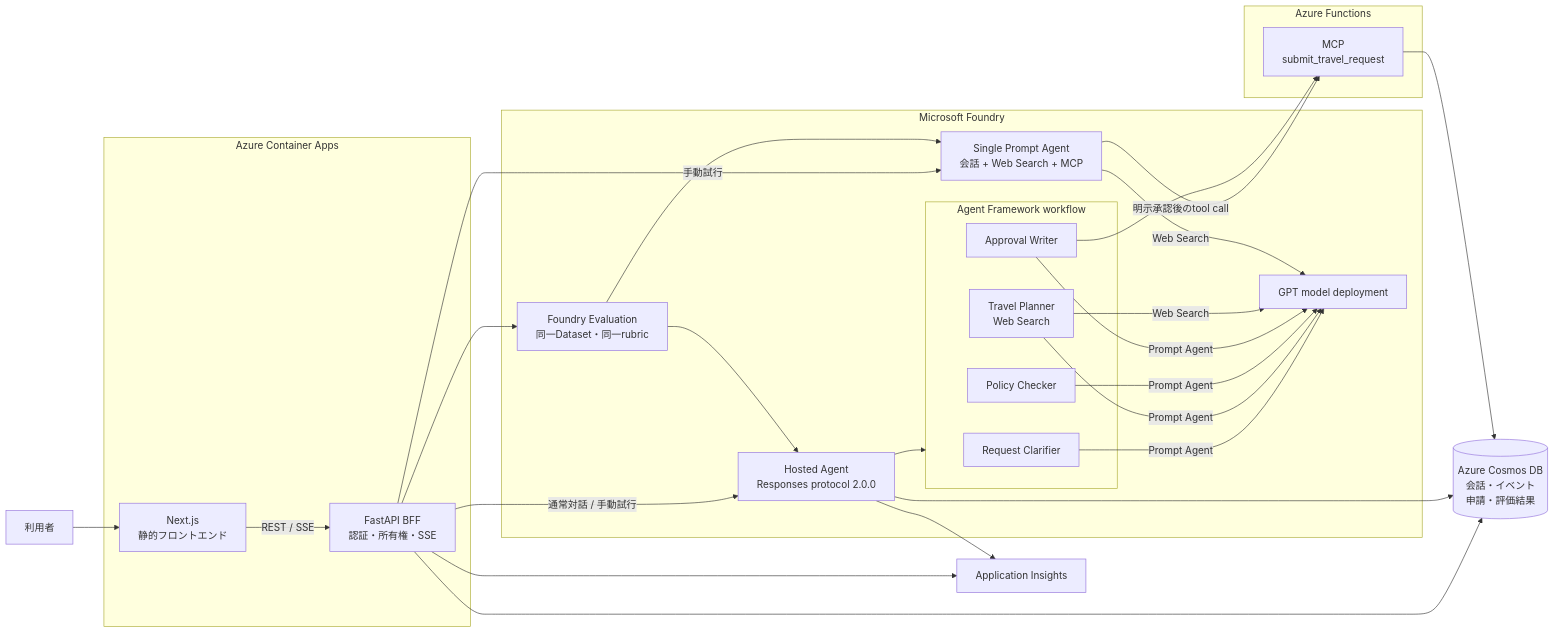
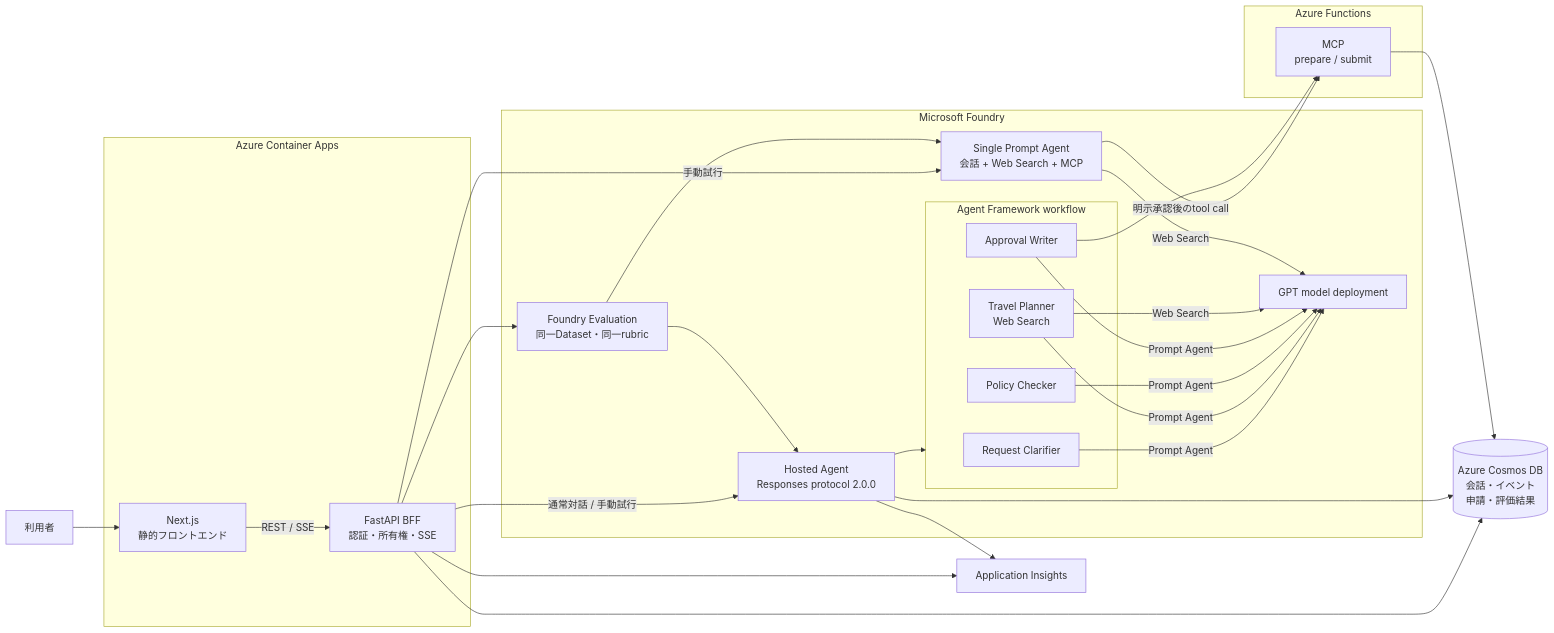
The first of 2 diagrams in README.md (teshi22/grobal_azure_demo), drawn with Mermaid before and after one commit. The commit also changed other lines of this file and 20 other files, not shown here.

````diff
--- a/README.md
+++ b/README.md
@@ -11,47 +11,47 @@
 ```mermaid
 flowchart LR
     User["利用者"]
 
     subgraph CA["Azure Container Apps"]
         Web["Next.js<br/>静的フロントエンド"]
         BFF["FastAPI BFF<br/>認証・所有権・SSE"]
     end
 
     subgraph Foundry["Microsoft Foundry"]
         Host["Hosted Agent<br/>Responses protocol 2.0.0"]
         subgraph AF["Agent Framework workflow"]
             Clarifier["Request Clarifier"]
             Planner["Travel Planner<br/>Web Search"]
             Policy["Policy Checker"]
             Writer["Approval Writer"]
         end
         Single["Single Prompt Agent<br/>会話 + Web Search + MCP"]
         Evaluation["Foundry Evaluation<br/>同一Dataset・同一rubric"]
         Model["GPT model deployment"]
     end
 
     subgraph Function["Azure Functions"]
-        MCP["MCP<br/>submit_travel_request"]
+        MCP["MCP<br/>prepare / submit"]
     end
 
     Cosmos[("Azure Cosmos DB<br/>会話・イベント<br/>申請・評価結果")]
     Insights["Application Insights"]
 
     User --> Web
     Web -->|"REST / SSE"| BFF
     BFF -->|"通常対話 / 手動試行"| Host
     BFF -->|"手動試行"| Single
     Host --> AF
     Clarifier & Planner & Policy & Writer -->|"Prompt Agent"| Model
     Planner -->|"Web Search"| Model
     BFF --> Evaluation
     Evaluation --> Host
     Evaluation --> Single
     Single -->|"Web Search"| Model
     Single -->|"明示承認後のtool call"| MCP
     Writer --> MCP
     BFF --> Cosmos
     Host --> Cosmos
     MCP --> Cosmos
     BFF & Host --> Insights
 ```
````
